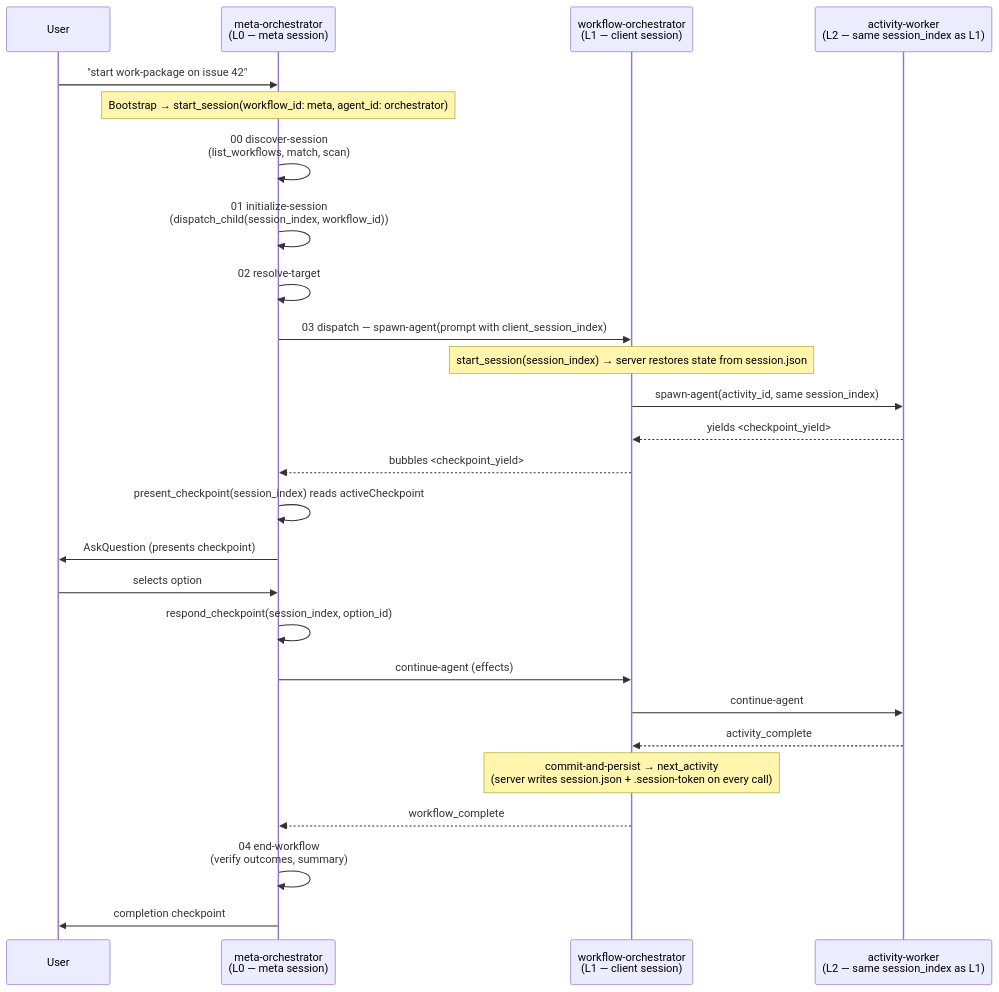
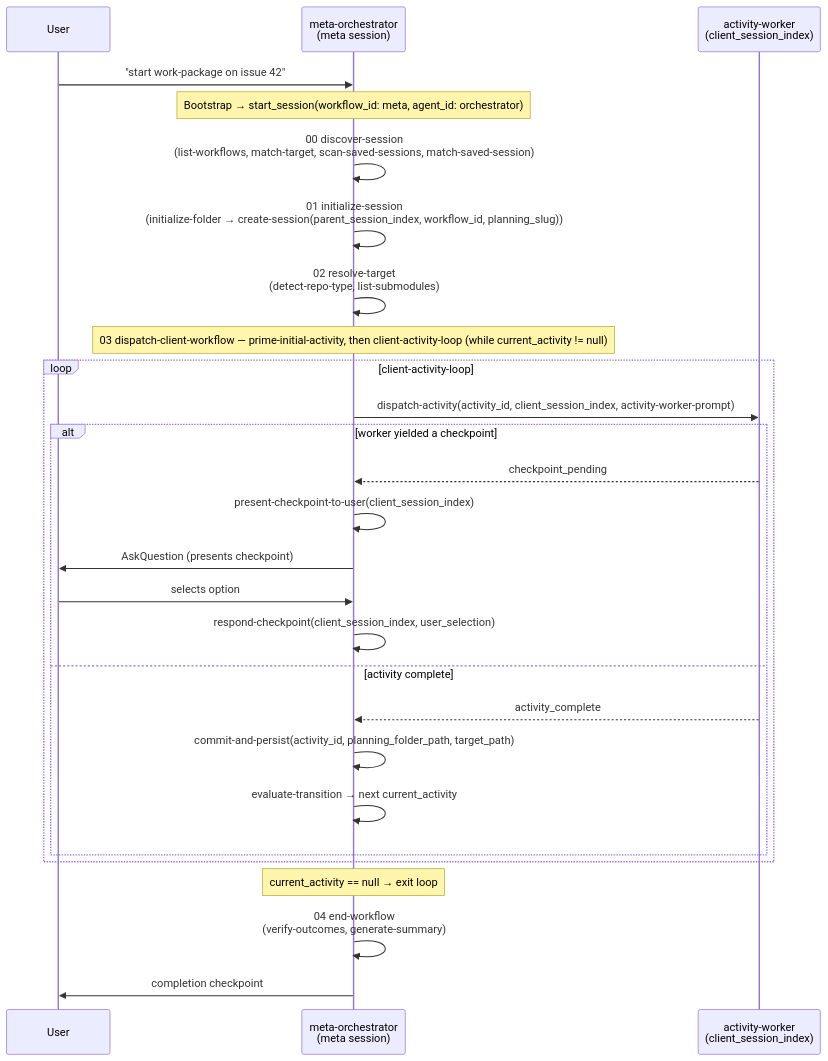
One commit to m2ux/workflow-server changed the second of 2 diagrams in meta/README.md. Above: the diagram before and after it, drawn with Mermaid. The commit also changed other lines of this file and 16 other files, not shown here.

First line of the commit message:
docs: eliminate prose + mermaid staleness in migrated workflow READMEs

````diff
--- a/meta/README.md
+++ b/meta/README.md
@@ -53,32 +53,32 @@
 ```mermaid
 sequenceDiagram
     participant User
-    participant Meta as meta-orchestrator<br/>(L0 — meta session)
-    participant Client as workflow-orchestrator<br/>(L1 — client session)
-    participant Worker as activity-worker<br/>(L2 — same session_index as L1)
+    participant Meta as meta-orchestrator<br/>(meta session)
+    participant Worker as activity-worker<br/>(client_session_index)
 
     User->>Meta: "start work-package on issue 42"
     Note over Meta: Bootstrap → start_session(workflow_id: meta, agent_id: orchestrator)
-    Meta->>Meta: 00 discover-session<br/>(list_workflows, match, scan)
-    Meta->>Meta: 01 initialize-session<br/>(dispatch_child(session_index, workflow_id))
-    Meta->>Meta: 02 resolve-target
+    Meta->>Meta: 00 discover-session<br/>(list-workflows, match-target, scan-saved-sessions, match-saved-session)
+    Meta->>Meta: 01 initialize-session<br/>(initialize-folder → create-session(parent_session_index, workflow_id, planning_slug))
+    Meta->>Meta: 02 resolve-target<br/>(detect-repo-type, list-submodules)
 
-    Meta->>Client: 03 dispatch — spawn-agent(prompt with client_session_index)
-    Note over Client: start_session(session_index) → server restores state from session.json
+    Note over Meta: 03 dispatch-client-workflow — prime-initial-activity, then client-activity-loop (while current_activity != null)
+    loop client-activity-loop
+        Meta->>Worker: dispatch-activity(activity_id, client_session_index, activity-worker-prompt)
+        alt worker yielded a checkpoint
+            Worker-->>Meta: checkpoint_pending
+            Meta->>Meta: present-checkpoint-to-user(client_session_index)
+            Meta->>User: AskQuestion (presents checkpoint)
+            User->>Meta: selects option
+            Meta->>Meta: respond-checkpoint(client_session_index, user_selection)
+        else activity complete
+            Worker-->>Meta: activity_complete
+            Meta->>Meta: commit-and-persist(activity_id, planning_folder_path, target_path)
+            Meta->>Meta: evaluate-transition → next current_activity
+        end
+    end
+    Note over Meta: current_activity == null → exit loop
 
-    Client->>Worker: spawn-agent(activity_id, same session_index)
-    Worker-->>Client: yields <checkpoint_yield>
-    Client-->>Meta: bubbles <checkpoint_yield>
-    Meta->>Meta: present_checkpoint(session_index) reads activeCheckpoint
-    Meta->>User: AskQuestion (presents checkpoint)
-    User->>Meta: selects option
-    Meta->>Meta: respond_checkpoint(session_index, option_id)
-    Meta->>Client: continue-agent (effects)
-    Client->>Worker: continue-agent
-
-    Worker-->>Client: activity_complete
-    Note over Client: commit-and-persist → next_activity<br/>(server writes session.json + .session-token on every call)
-    Client-->>Meta: workflow_complete
-    Meta->>Meta: 04 end-workflow<br/>(verify outcomes, summary)
+    Meta->>Meta: 04 end-workflow<br/>(verify-outcomes, generate-summary)
     Meta->>User: completion checkpoint
 ```
````
